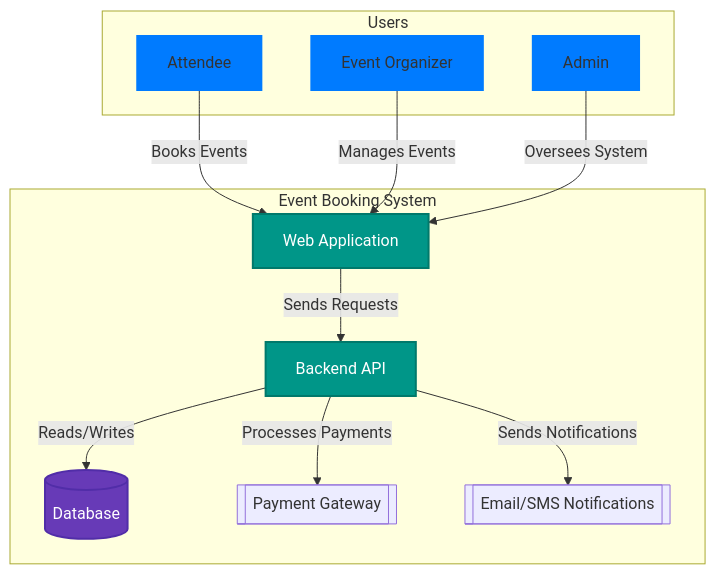
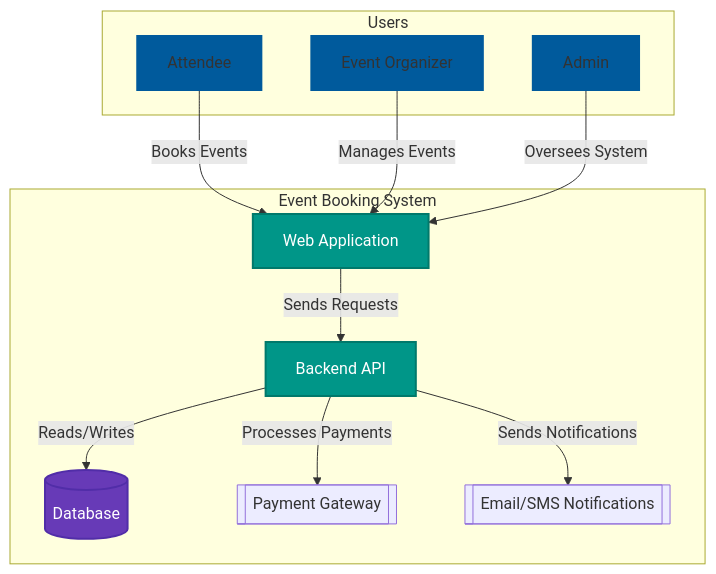
Before and after one commit to celeste-smith/event-booking-system: the first of 4 diagrams in ARCHITECTURE.md, drawn with Mermaid.

````diff
--- a/ARCHITECTURE.md
+++ b/ARCHITECTURE.md
@@ -33,37 +33,37 @@
 ```mermaid
 graph TD;
     %% Define styles
-    classDef userStyle fill:#007bff,stroke:#007bff,stroke-width:2px;
+    classDef userStyle fill:#005A9C,stroke:#005A9C,stroke-width:2px;
     classDef systemStyle fill:#009688,stroke:#00796B,stroke-width:2px,color:white;
     classDef serviceStyle fill:#607D8B,stroke:#455A64,stroke-width:2px,color:white;
     classDef dbStyle fill:#673AB7,stroke:#512DA8,stroke-width:2px,color:white;
     classDef externalStyle fill:#FF5722,stroke:#E64A19,stroke-width:2px,color:white;
     
     subgraph Users["Users"]
         Attendee["Attendee"]
         Organizer["Event Organizer"]
         Admin["Admin"]
     end
     
     subgraph EventBookingSystem["Event Booking System"]
         WebApp["Web Application"]
         API["Backend API"]
         DB[("Database")]
         PaymentGateway[["Payment Gateway"]]
         NotificationService[["Email/SMS Notifications"]]
     end
     
     %% Define relationships
     Attendee -- Books Events --> WebApp;
     Organizer -- Manages Events --> WebApp;
     Admin -- Oversees System --> WebApp;
     WebApp -- Sends Requests --> API;
     API -- Reads/Writes --> DB;
     API -- Processes Payments --> PaymentGateway;
     API -- Sends Notifications --> NotificationService;
 
     %% Apply styles
     class Attendee,Organizer,Admin userStyle;
     class WebApp,API systemStyle;
     class DB dbStyle;
 ```
````
